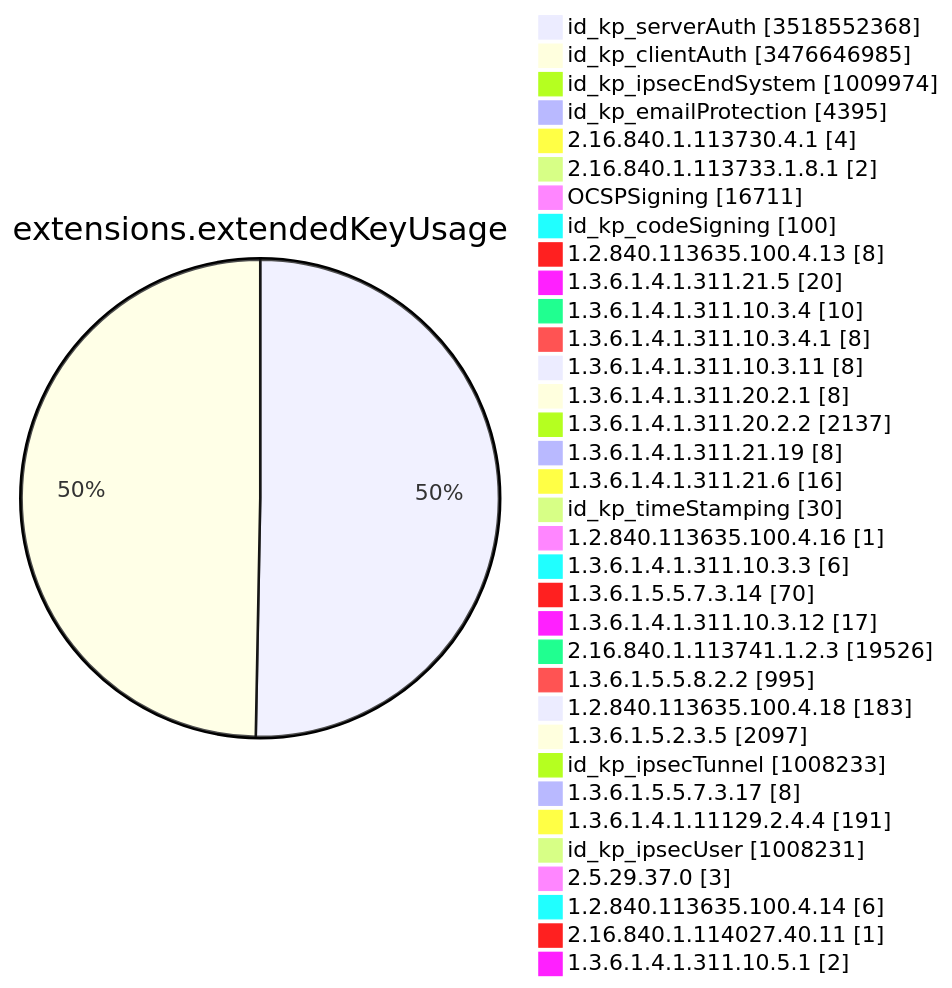
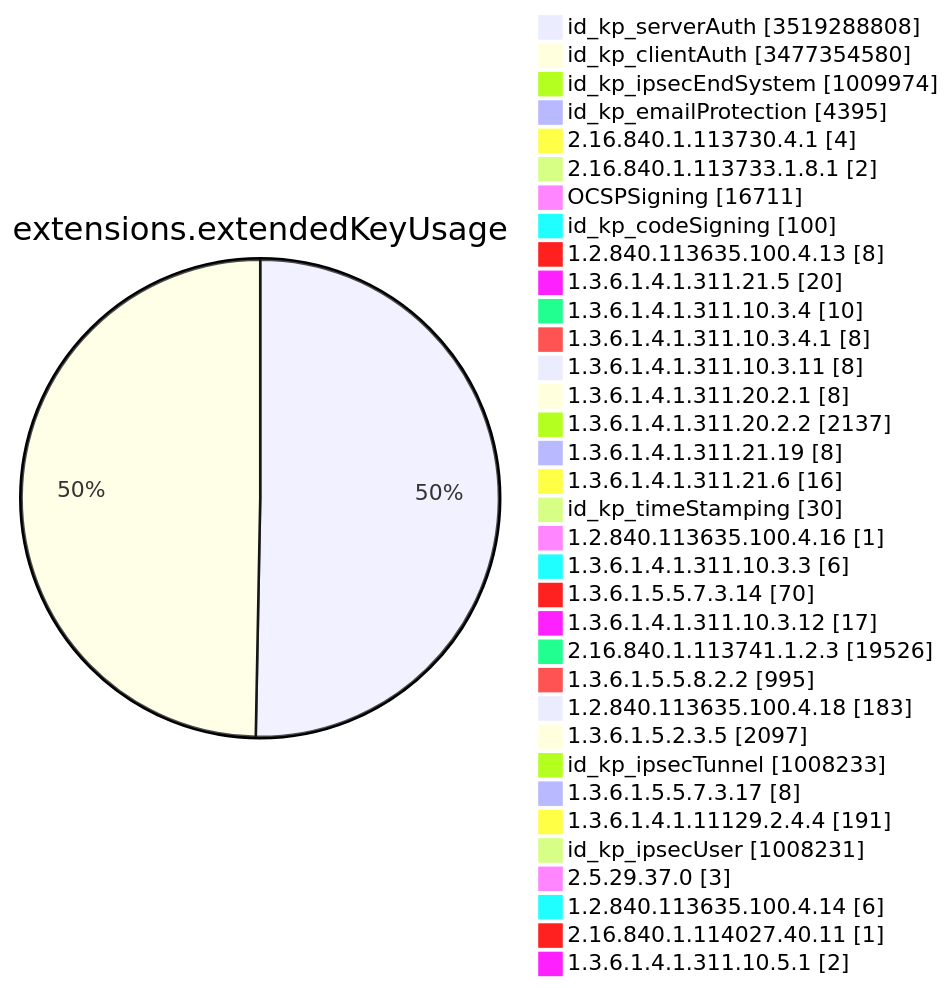
Diagram 11 of 15 in TOTAL/README.md (christiankrug/ctmonitor_visualization), drawn with Mermaid before and after one commit. The commit also changed other lines of this file, not shown here.

````diff
--- a/TOTAL/README.md
+++ b/TOTAL/README.md
@@ -4126,38 +4126,38 @@
 ```mermaid
 pie showData
 title extensions.extendedKeyUsage
-"id_kp_serverAuth" :3518552368
-"id_kp_clientAuth" :3476646985
+"id_kp_serverAuth" :3519288808
+"id_kp_clientAuth" :3477354580
 "id_kp_ipsecEndSystem" :1009974
 "id_kp_emailProtection" :4395
 "2.16.840.1.113730.4.1" :4
 "2.16.840.1.113733.1.8.1" :2
 "OCSPSigning" :16711
 "id_kp_codeSigning" :100
 "1.2.840.113635.100.4.13" :8
 "1.3.6.1.4.1.311.21.5" :20
 "1.3.6.1.4.1.311.10.3.4" :10
 "1.3.6.1.4.1.311.10.3.4.1" :8
 "1.3.6.1.4.1.311.10.3.11" :8
 "1.3.6.1.4.1.311.20.2.1" :8
 "1.3.6.1.4.1.311.20.2.2" :2137
 "1.3.6.1.4.1.311.21.19" :8
 "1.3.6.1.4.1.311.21.6" :16
 "id_kp_timeStamping" :30
 "1.2.840.113635.100.4.16" :1
 "1.3.6.1.4.1.311.10.3.3" :6
 "1.3.6.1.5.5.7.3.14" :70
 "1.3.6.1.4.1.311.10.3.12" :17
 "2.16.840.1.113741.1.2.3" :19526
 "1.3.6.1.5.5.8.2.2" :995
 "1.2.840.113635.100.4.18" :183
 "1.3.6.1.5.2.3.5" :2097
 "id_kp_ipsecTunnel" :1008233
 "1.3.6.1.5.5.7.3.17" :8
 "1.3.6.1.4.1.11129.2.4.4" :191
 "id_kp_ipsecUser" :1008231
 "2.5.29.37.0" :3
 "1.2.840.113635.100.4.14" :6
 "2.16.840.1.114027.40.11" :1
 "1.3.6.1.4.1.311.10.5.1" :2
 ```
````
